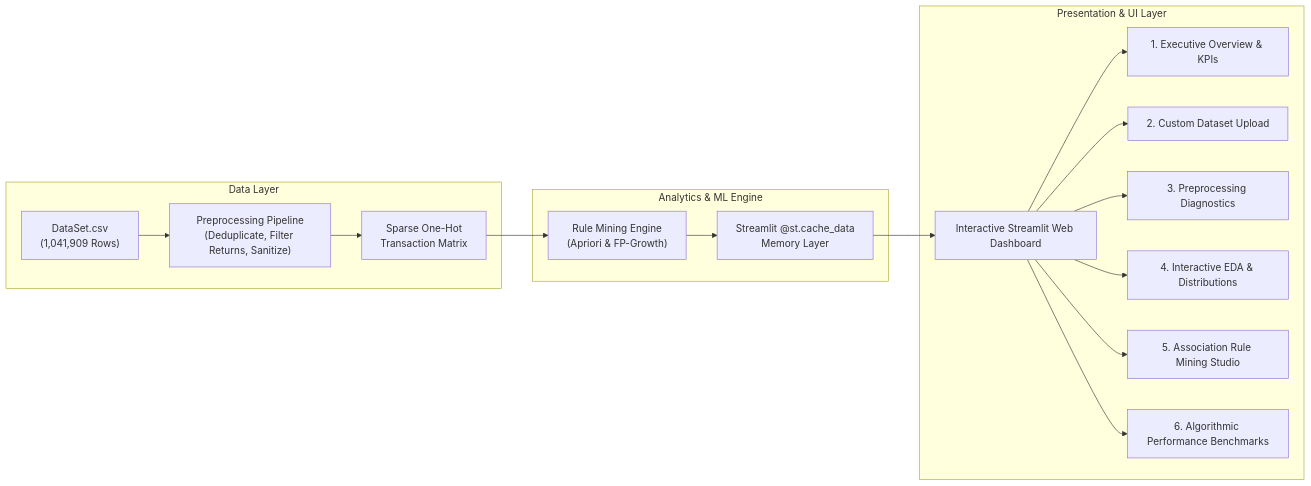
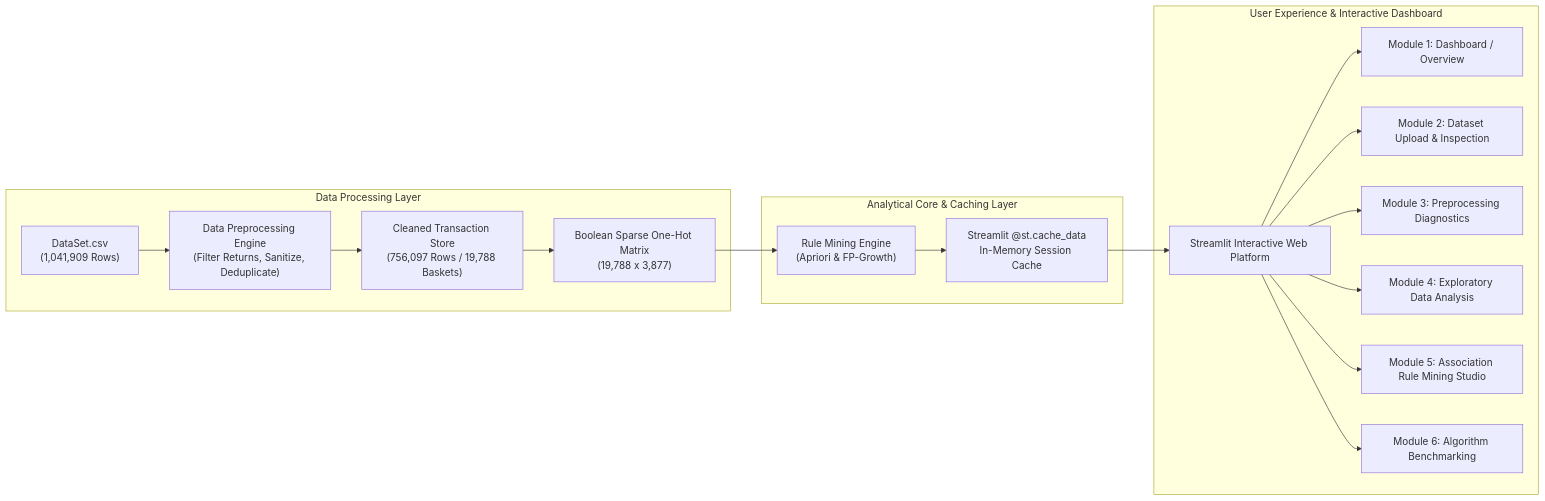
The second of 2 diagrams in Market_Basket_Analysis/PROJECT_CONTEXT.md (shikhar-gangwar/BIT-project-ML-based-Market-Basket-Analysis), drawn with Mermaid before and after one commit. The commit also changed other lines of this file and 3 other files, not shown here.

Commit message:
docs: update PROJECT_CONTEXT.md and PROJECT_RESULTS.md with institutional metadata, data hygiene audit, multi-item rules, and dual-state UI architecture

````diff
--- a/Market_Basket_Analysis/PROJECT_CONTEXT.md
+++ b/Market_Basket_Analysis/PROJECT_CONTEXT.md
@@ -161,22 +181,23 @@
 ```mermaid
 graph LR
-    subgraph Data Layer
-        CSV["DataSet.csv<br/>(1,041,909 Rows)"] --> Cleaner["Preprocessing Pipeline<br/>(Deduplicate, Filter Returns, Sanitize)"]
-        Cleaner --> Matrix["Sparse One-Hot<br/>Transaction Matrix"]
+    subgraph Data Processing Layer
+        RAW["DataSet.csv<br/>(1,041,909 Rows)"] --> PRE["Data Preprocessing Engine<br/>(Filter Returns, Sanitize, Deduplicate)"]
+        PRE --> CLEAN["Cleaned Transaction Store<br/>(756,097 Rows / 19,788 Baskets)"]
+        CLEAN --> MAT["Boolean Sparse One-Hot Matrix<br/>(19,788 x 3,877)"]
     end
 
-    subgraph Analytics & ML Engine
-        Matrix --> Engine["Rule Mining Engine<br/>(Apriori & FP-Growth)"]
-        Engine --> Cache["Streamlit @st.cache_data<br/>Memory Layer"]
+    subgraph Analytical Core & Caching Layer
+        MAT --> MINER["Rule Mining Engine<br/>(Apriori & FP-Growth)"]
+        MINER --> CACHE["Streamlit @st.cache_data<br/>In-Memory Session Cache"]
     end
 
-    subgraph Presentation & UI Layer
-        Cache --> Dashboard["Interactive Streamlit Web Dashboard"]
-        Dashboard --> Overview["1. Executive Overview & KPIs"]
-        Dashboard --> Upload["2. Custom Dataset Upload"]
-        Dashboard --> Prep["3. Preprocessing Diagnostics"]
-        Dashboard --> EDA["4. Interactive EDA & Distributions"]
-        Dashboard --> Rules["5. Association Rule Mining Studio"]
-        Dashboard --> Comp["6. Algorithmic Performance Benchmarks"]
+    subgraph User Experience & Interactive Dashboard
+        CACHE --> UI["Streamlit Interactive Web Platform"]
+        UI --> M1["Module 1: Dashboard / Overview"]
+        UI --> M2["Module 2: Dataset Upload & Inspection"]
+        UI --> M3["Module 3: Preprocessing Diagnostics"]
+        UI --> M4["Module 4: Exploratory Data Analysis"]
+        UI --> M5["Module 5: Association Rule Mining Studio"]
+        UI --> M6["Module 6: Algorithm Benchmarking"]
     end
 ```
````
